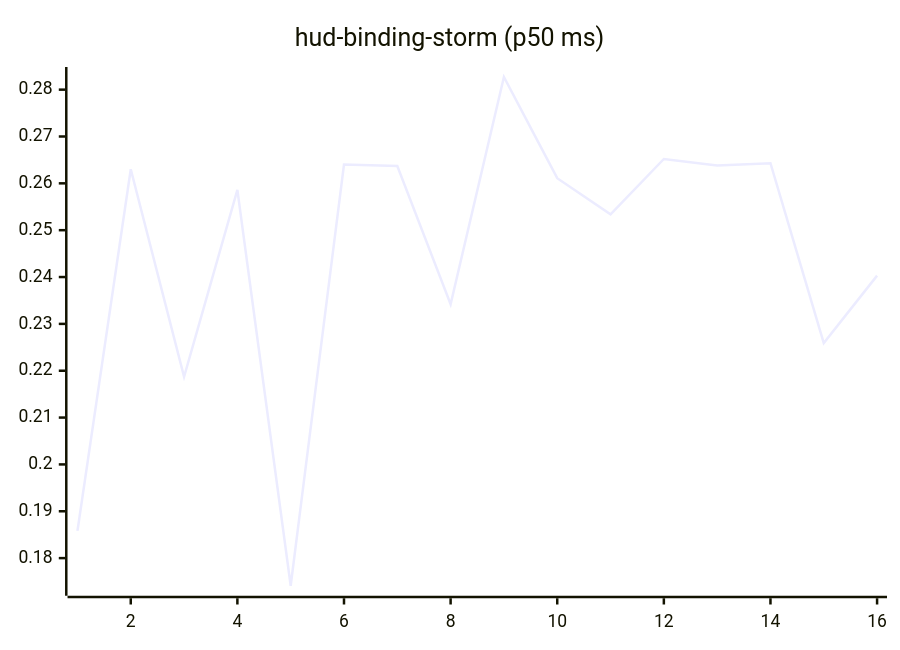
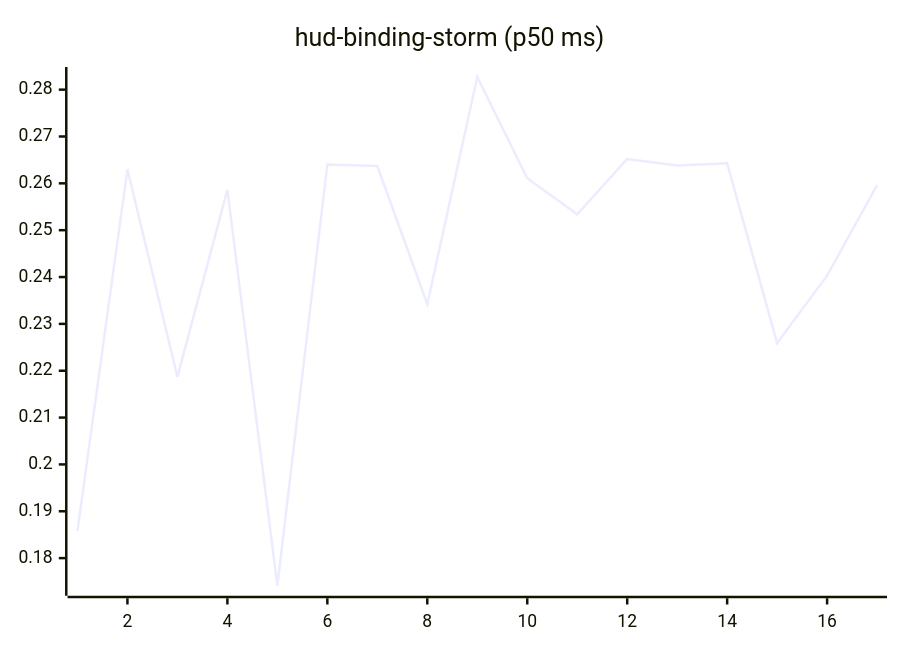
One commit to josha/Facet changed the tenth of 27 diagrams in README.md. Above: the diagram before and after it, drawn with Mermaid. The commit also changed other lines of this file and 2 other files, not shown here.

````diff
--- a/README.md
+++ b/README.md
@@ -126,6 +126,6 @@
 ```mermaid
 xychart-beta
     title "hud-binding-storm (p50 ms)"
-    x-axis 1 --> 16
-    line [0.1858, 0.2630, 0.2187, 0.2586, 0.1741, 0.2640, 0.2637, 0.2342, 0.2827, 0.2611, 0.2534, 0.2652, 0.2638, 0.2643, 0.2259, 0.2403]
+    x-axis 1 --> 17
+    line [0.1858, 0.2630, 0.2187, 0.2586, 0.1741, 0.2640, 0.2637, 0.2342, 0.2827, 0.2611, 0.2534, 0.2652, 0.2638, 0.2643, 0.2259, 0.2403, 0.2596]
 ```
````
